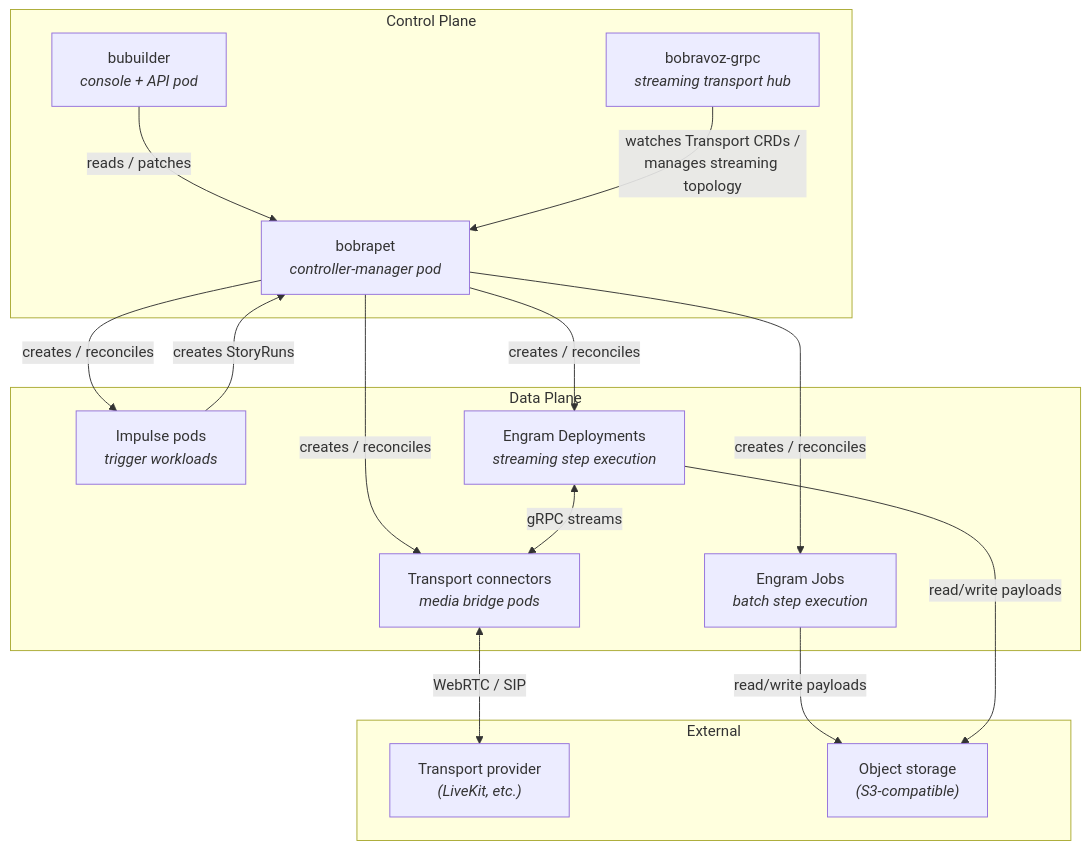
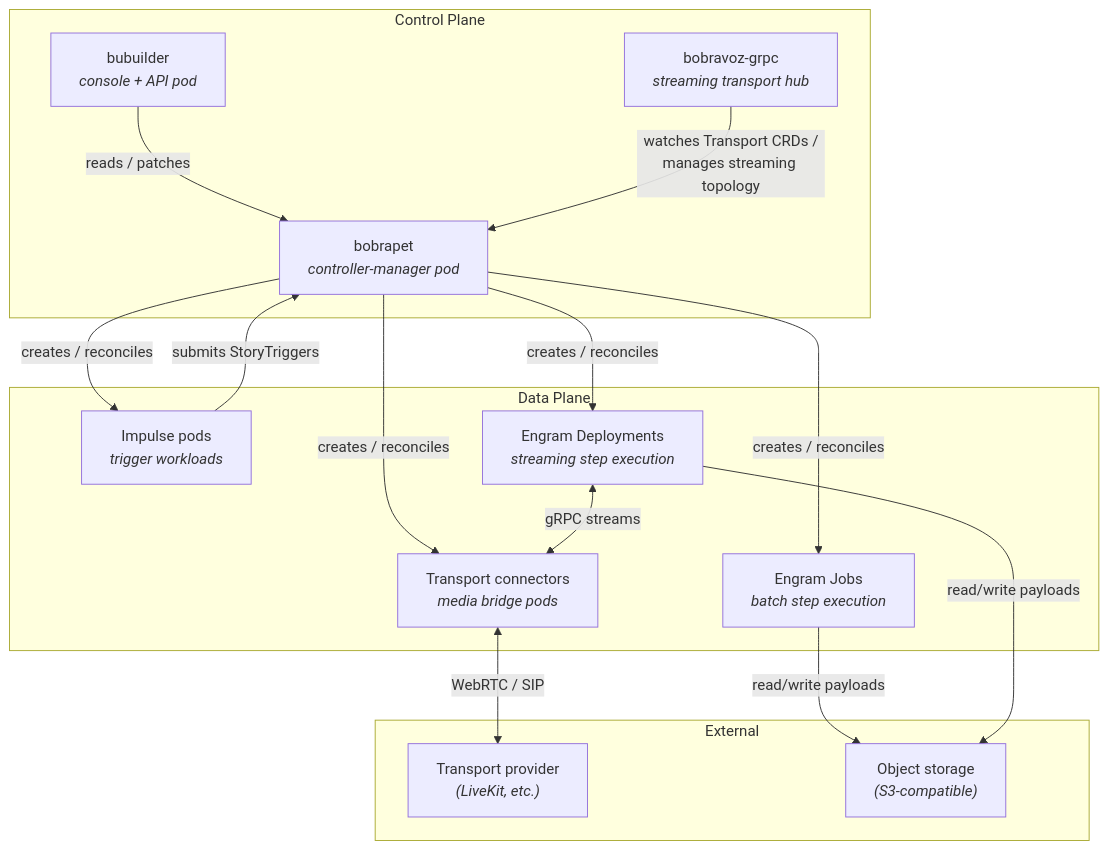
One commit to bubustack/website changed the third of 3 diagrams in docs/overview/architecture.md. Above: the diagram before and after it, drawn with Mermaid. The commit also changed other lines of this file and 42 other files, not shown here.

````diff
--- a/docs/overview/architecture.md
+++ b/docs/overview/architecture.md
@@ -285,32 +289,32 @@
 ```mermaid
 graph TB
     subgraph Control Plane
         operator["bobrapet<br/><i>controller-manager pod</i>"]
         bobravoz["bobravoz-grpc<br/><i>streaming transport hub</i>"]
         builder["bubuilder<br/><i>console + API pod</i>"]
     end
 
     subgraph Data Plane
         impulse["Impulse pods<br/><i>trigger workloads</i>"]
         engram_job["Engram Jobs<br/><i>batch step execution</i>"]
         engram_deploy["Engram Deployments<br/><i>streaming step execution</i>"]
         connector["Transport connectors<br/><i>media bridge pods</i>"]
     end
 
     subgraph External
         transport["Transport provider<br/><i>(LiveKit, etc.)</i>"]
         storage["Object storage<br/><i>(S3-compatible)</i>"]
     end
 
     operator -->|"creates / reconciles"| impulse
     operator -->|"creates / reconciles"| engram_job
     operator -->|"creates / reconciles"| engram_deploy
     operator -->|"creates / reconciles"| connector
-    impulse -->|"creates StoryRuns"| operator
+    impulse -->|"submits StoryTriggers"| operator
     builder -->|"reads / patches"| operator
     bobravoz -->|"watches Transport CRDs /<br/>manages streaming topology"| operator
     engram_deploy <-->|"gRPC streams"| connector
     connector <-->|"WebRTC / SIP"| transport
     engram_job -->|"read/write payloads"| storage
     engram_deploy -->|"read/write payloads"| storage
 ```
````
